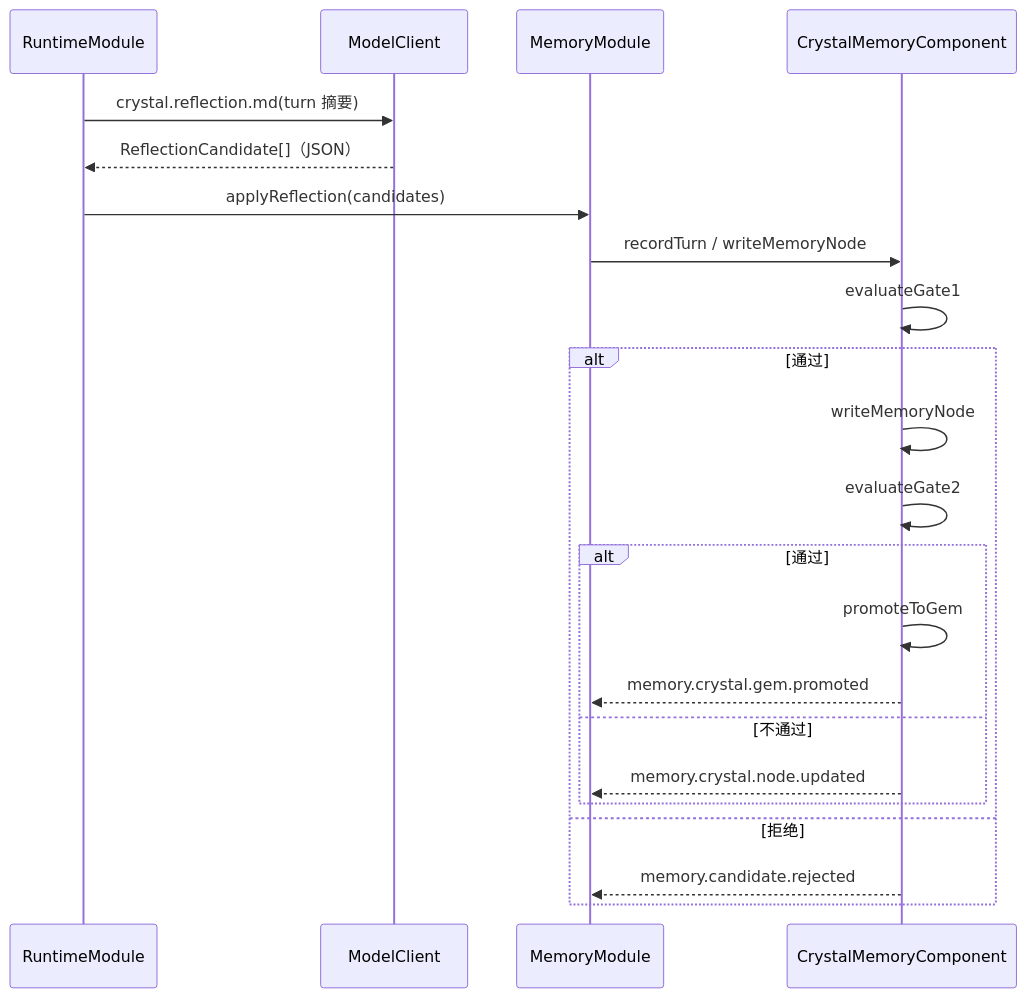
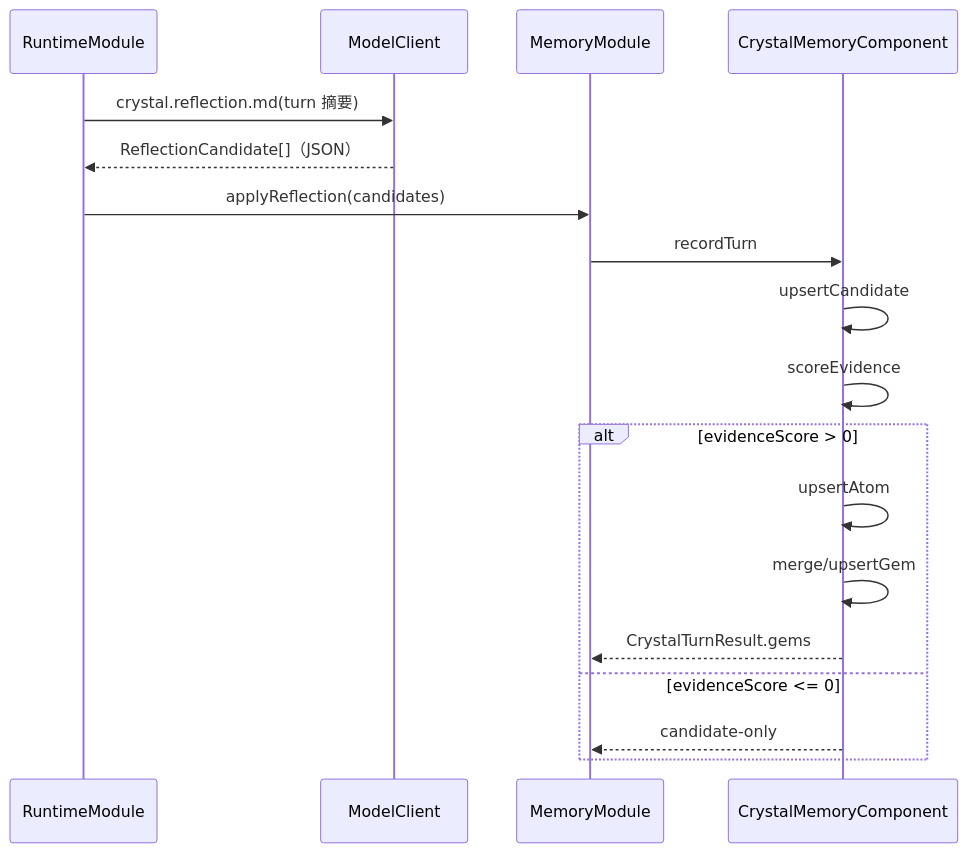
The third of 3 diagrams in docs/crystal.reflection.md (flyflor/flyflor), drawn with Mermaid before and after one commit. The commit also changed other lines of this file and 172 other files, not shown here.

````diff
--- a/docs/crystal.reflection.md
+++ b/docs/crystal.reflection.md
@@ -72,24 +72,20 @@
 ```mermaid
 sequenceDiagram
     participant RT as RuntimeModule
     participant LLM as ModelClient
     participant Mem as MemoryModule
     participant CR as CrystalMemoryComponent
     RT->>LLM: crystal.reflection.md(turn 摘要)
     LLM-->>RT: ReflectionCandidate[]（JSON）
     RT->>Mem: applyReflection(candidates)
-    Mem->>CR: recordTurn / writeMemoryNode
-    CR->>CR: evaluateGate1
-    alt 通过
-        CR->>CR: writeMemoryNode
-        CR->>CR: evaluateGate2
-        alt 通过
-            CR->>CR: promoteToGem
-            CR-->>Mem: memory.crystal.gem.promoted
-        else 不通过
-            CR-->>Mem: memory.crystal.node.updated
-        end
-    else 拒绝
-        CR-->>Mem: memory.candidate.rejected
+    Mem->>CR: recordTurn
+    CR->>CR: upsertCandidate
+    CR->>CR: scoreEvidence
+    alt evidenceScore > 0
+        CR->>CR: upsertAtom
+        CR->>CR: merge/upsertGem
+        CR-->>Mem: CrystalTurnResult.gems
+    else evidenceScore <= 0
+        CR-->>Mem: candidate-only
     end
 ```
````
